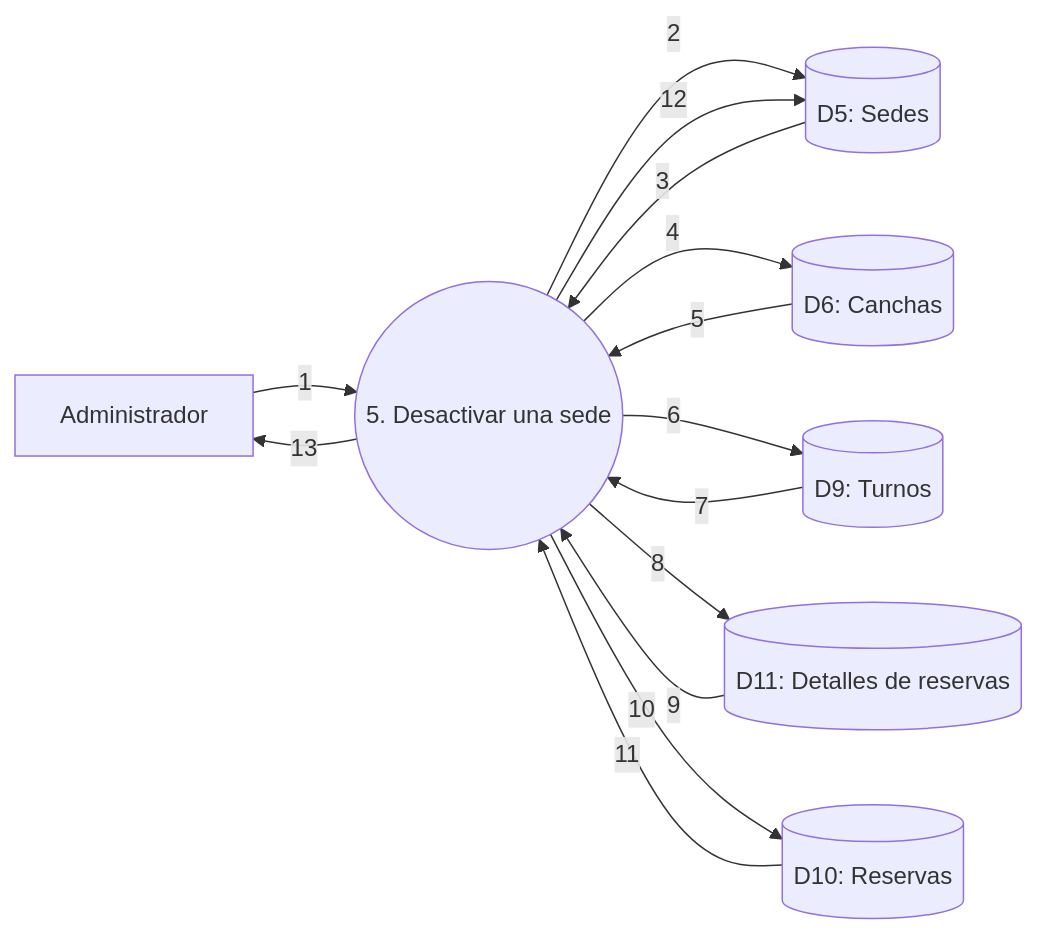
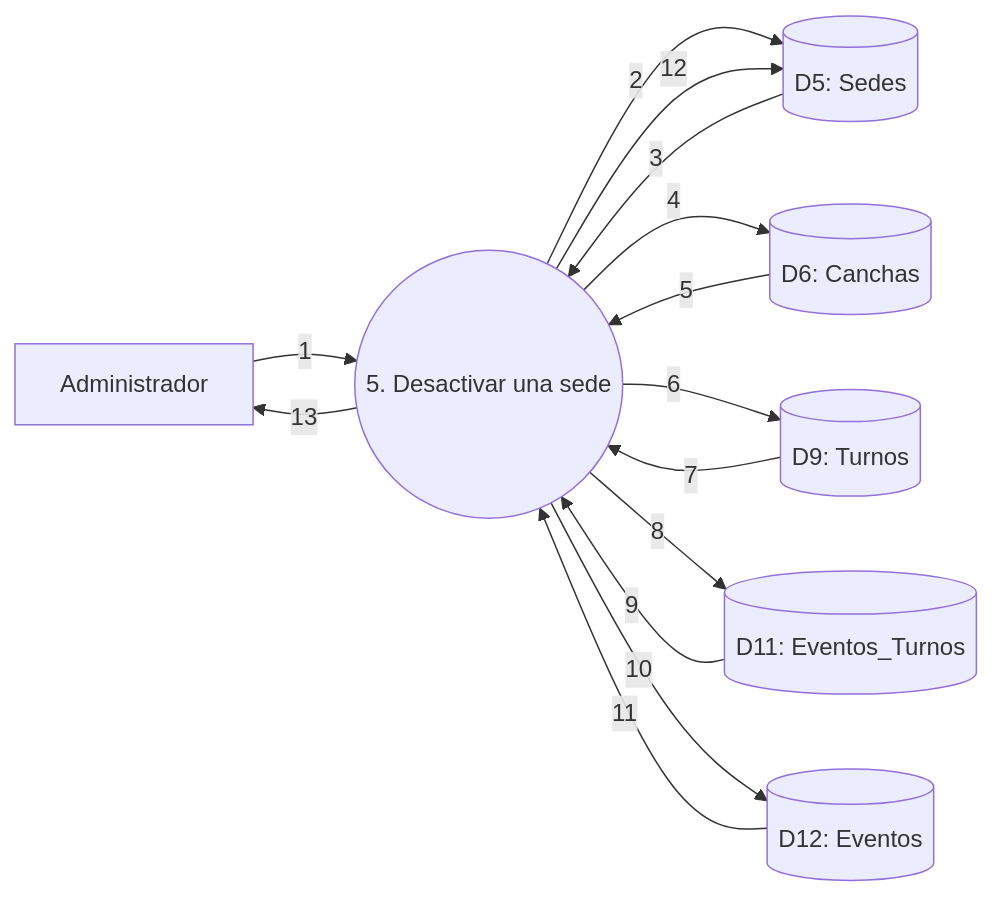
The fifth of 33 diagrams in docs/DFD.md (fasempertegui/Matchpoint-Taller), drawn with Mermaid before and after one commit. The commit also changed other lines of this file and 3 other files, not shown here.

````diff
--- a/docs/DFD.md
+++ b/docs/DFD.md
@@ -126,24 +135,24 @@
 ```mermaid
 flowchart LR
     A[Administrador]
     P((5. Desactivar una sede))
     D5[(D5: Sedes)]
     D6[(D6: Canchas)]
     D9[(D9: Turnos)]
-    D10[(D10: Reservas)]
-    D11[(D11: Detalles de reservas)]
+    D11[(D11: Eventos_Turnos)]
+    D12[(D12: Eventos)]
 
     A -->|1| P
     P -->|2| D5
     D5 -->|3| P
     P -->|4| D6
     D6 -->|5| P
     P -->|6| D9
     D9 -->|7| P
     P -->|8| D11
     D11 -->|9| P
-    P -->|10| D10
-    D10 -->|11| P
+    P -->|10| D12
+    D12 -->|11| P
     P -->|12| D5
     P -->|13| A
 ```
````
